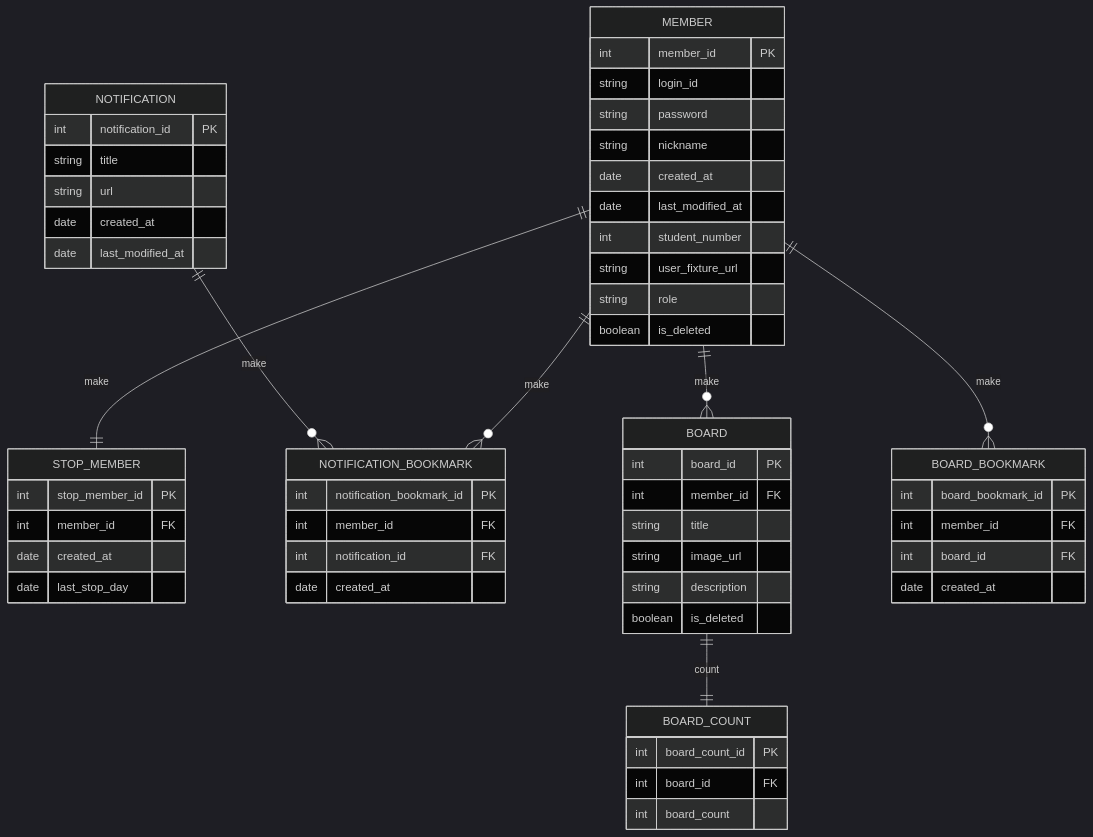
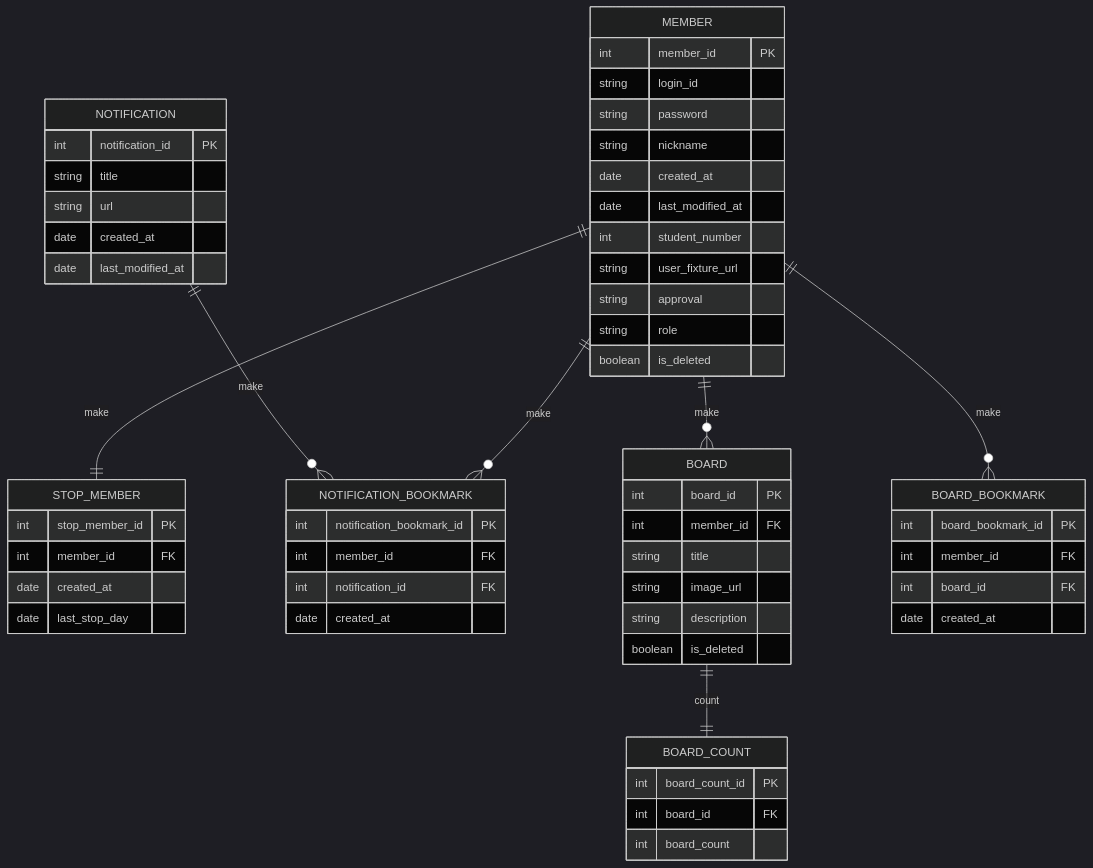
One commit to android-project-04/cbnu-sw-alrami changed the second of 2 diagrams in README.md. Above: the diagram before and after it, drawn with Mermaid (dark theme).

````diff
--- a/README.md
+++ b/README.md
@@ -68,66 +68,67 @@
 ``` mermaid
 erDiagram
     MEMBER ||--|| STOP_MEMBER : make
     MEMBER ||--o{ NOTIFICATION_BOOKMARK : make
     NOTIFICATION ||--o{ NOTIFICATION_BOOKMARK : make
     MEMBER ||--o{ BOARD : make
     MEMBER ||--o{ BOARD_BOOKMARK : make
     BOARD ||--|| BOARD_COUNT : count
 
     MEMBER {
         int member_id PK
         string login_id
         string password
         string nickname
         date created_at
         date last_modified_at
         int student_number
         string user_fixture_url
+        string approval
         string role
         boolean is_deleted
     }
 
     STOP_MEMBER {
         int stop_member_id PK
         int member_id FK
         date created_at
         date last_stop_day
     }
 
     NOTIFICATION_BOOKMARK {
         int notification_bookmark_id PK
         int member_id FK
         int notification_id FK
         date created_at
     }
 
     NOTIFICATION {
         int notification_id PK
         string title
         string url
         date created_at
         date last_modified_at
     }
 
     BOARD_BOOKMARK {
         int board_bookmark_id PK
         int member_id FK
         int board_id FK
         date created_at
     }
 
     BOARD {
         int board_id PK
         int member_id FK
         string title 
         string image_url
         string description
         boolean is_deleted
     }
 
     BOARD_COUNT {
         int board_count_id PK
         int board_id FK
         int board_count
     }
 ```
````
